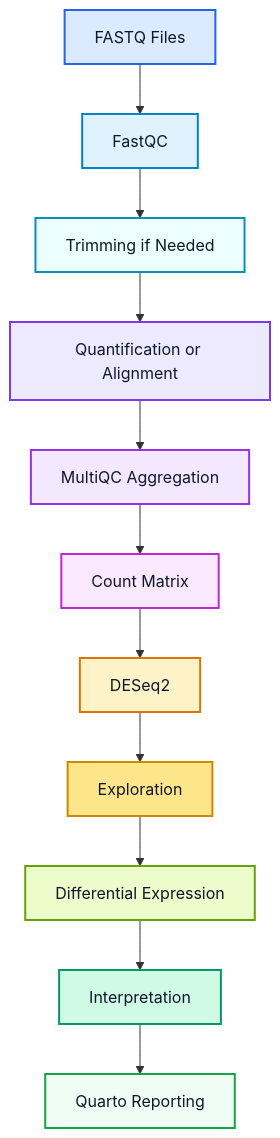
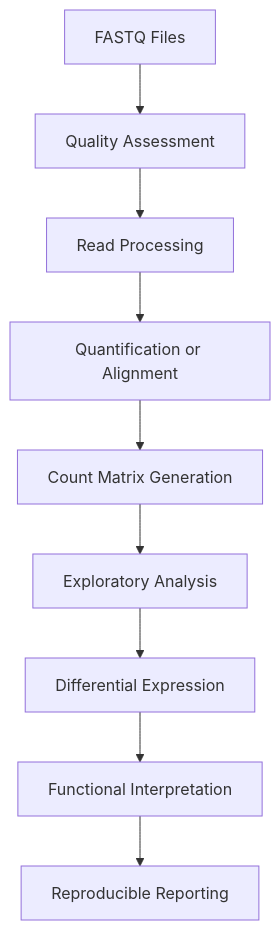
The diagram in 01-rnaseq.qmd (tmbuza/cdi-omics-systems), drawn with Mermaid before and after one commit. The commit also changed other lines of this file and 43 other files, not shown here.

Commit message:
Update omics systems architecture with proteomics build

````diff
--- a/01-rnaseq.qmd
+++ b/01-rnaseq.qmd
@@ -7,38 +63,22 @@
 ```{mermaid}
 flowchart TD
 
     A[FASTQ Files]
-    B[FastQC]
-    C[Trimming if Needed]
+    B[Quality Assessment]
+    C[Read Processing]
     D[Quantification or Alignment]
-    E[MultiQC Aggregation]
-    F[Count Matrix]
-    G[DESeq2]
-    H[Exploration]
-    I[Differential Expression]
-    J[Interpretation]
-    K[Quarto Reporting]
+    E[Count Matrix Generation]
+    F[Exploratory Analysis]
+    G[Differential Expression]
+    H[Functional Interpretation]
+    I[Reproducible Reporting]
 
     A --> B
     B --> C
     C --> D
     D --> E
     E --> F
     F --> G
     G --> H
     H --> I
-    I --> J
-    J --> K
-
-    style A fill:#dbeafe,stroke:#2563eb,stroke-width:2px,color:#0f172a
-    style B fill:#e0f2fe,stroke:#0284c7,stroke-width:2px,color:#0f172a
-    style C fill:#ecfeff,stroke:#0891b2,stroke-width:2px,color:#0f172a
-    style D fill:#ede9fe,stroke:#7c3aed,stroke-width:2px,color:#0f172a
-    style E fill:#f3e8ff,stroke:#9333ea,stroke-width:2px,color:#0f172a
-    style F fill:#fae8ff,stroke:#c026d3,stroke-width:2px,color:#0f172a
-    style G fill:#fef3c7,stroke:#d97706,stroke-width:2px,color:#0f172a
-    style H fill:#fde68a,stroke:#ca8a04,stroke-width:2px,color:#0f172a
-    style I fill:#ecfccb,stroke:#65a30d,stroke-width:2px,color:#0f172a
-    style J fill:#d1fae5,stroke:#059669,stroke-width:2px,color:#0f172a
-    style K fill:#f0fdf4,stroke:#16a34a,stroke-width:2px,color:#0f172a
 ```
````
